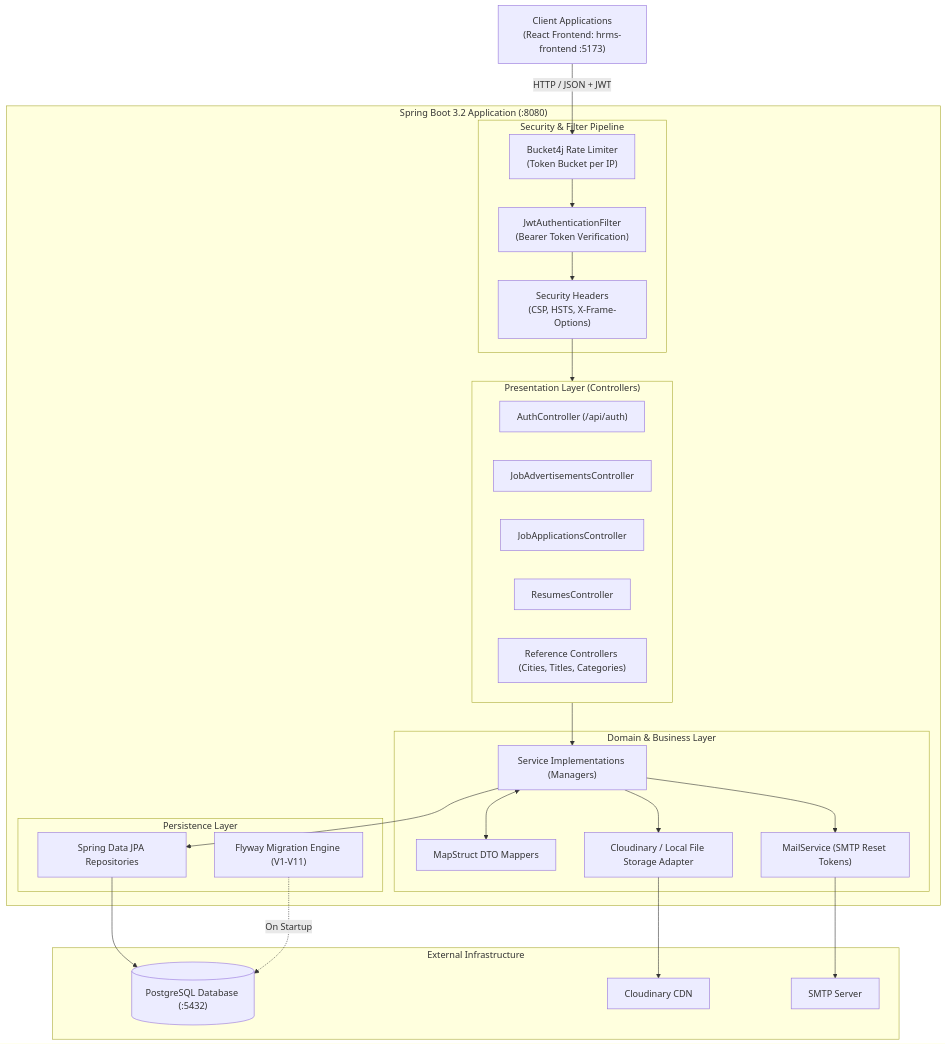
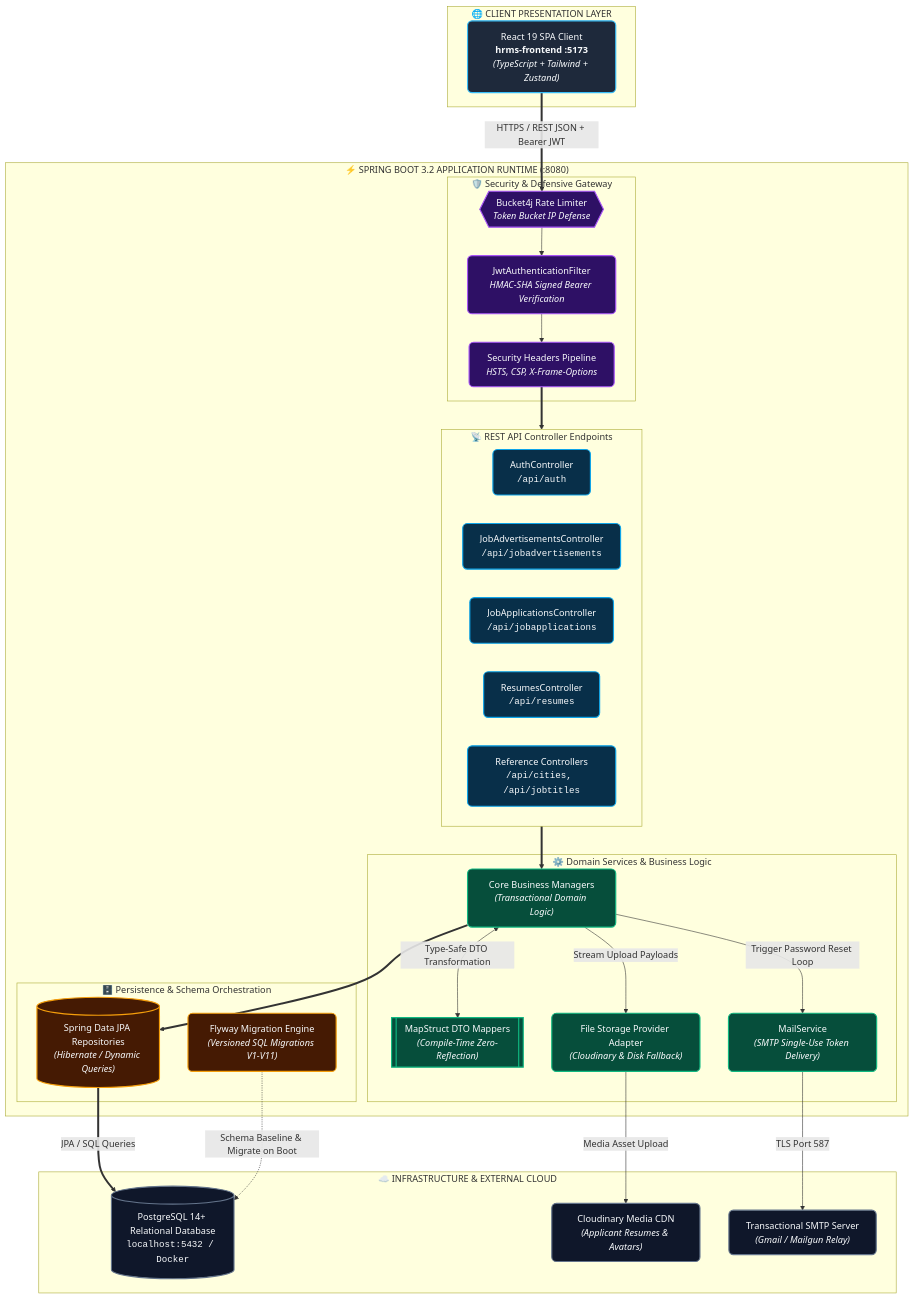
The first of 2 diagrams in README.md (kamiltuncok/HRMS), drawn with Mermaid before and after one commit. The commit also changed other lines of this file, not shown here.

Commit message:
readme diagram added

````diff
--- a/README.md
+++ b/README.md
@@ -19,52 +19,67 @@
 ```mermaid
-flowchart TD
-    Client["Client Applications<br/>(React Frontend: hrms-frontend :5173)"]
-    
-    subgraph SpringBootApp ["Spring Boot 3.2 Application (:8080)"]
-        subgraph SecurityFilter ["Security & Filter Pipeline"]
-            RateLimit["Bucket4j Rate Limiter<br/>(Token Bucket per IP)"]
-            JwtFilter["JwtAuthenticationFilter<br/>(Bearer Token Verification)"]
-            SecHeaders["Security Headers<br/>(CSP, HSTS, X-Frame-Options)"]
+flowchart TB
+    %% ================= GLOBAL STYLES =================
+    classDef clientStyle fill:#1e293b,stroke:#38bdf8,stroke-width:2px,color:#f8fafc,rx:8,ry:8;
+    classDef securityStyle fill:#2e1065,stroke:#a855f7,stroke-width:2px,color:#f8fafc,rx:8,ry:8;
+    classDef controllerStyle fill:#082f49,stroke:#0ea5e9,stroke-width:2px,color:#f8fafc,rx:8,ry:8;
+    classDef serviceStyle fill:#064e3b,stroke:#10b981,stroke-width:2px,color:#f8fafc,rx:8,ry:8;
+    classDef dataStyle fill:#451a03,stroke:#f59e0b,stroke-width:2px,color:#f8fafc,rx:8,ry:8;
+    classDef infraStyle fill:#0f172a,stroke:#64748b,stroke-width:2px,color:#f8fafc,rx:8,ry:8;
+
+    %% ================= NODES & SUBGRAPHS =================
+    subgraph ClientTier [" 🌐 CLIENT PRESENTATION LAYER "]
+        Client["React 19 SPA Client<br/><b>hrms-frontend :5173</b><br/><i>(TypeScript + Tailwind + Zustand)</i>"]:::clientStyle
+    end
+
+    subgraph BackendApp [" ⚡ SPRING BOOT 3.2 APPLICATION RUNTIME (:8080) "]
+        
+        subgraph SecurityPipeline [" 🛡️ Security & Defensive Gateway "]
+            RateLimiter{{"Bucket4j Rate Limiter<br/><i>Token Bucket IP Defense</i>"}}:::securityStyle
+            JwtFilter["JwtAuthenticationFilter<br/><i>HMAC-SHA Signed Bearer Verification</i>"]:::securityStyle
+            SecHeaders["Security Headers Pipeline<br/><i>HSTS, CSP, X-Frame-Options</i>"]:::securityStyle
         end
-        
-        subgraph APIControllers ["Presentation Layer (Controllers)"]
-            AuthController["AuthController (/api/auth)"]
-            JobAdvController["JobAdvertisementsController"]
-            ApplicationController["JobApplicationsController"]
-            ResumeController["ResumesController"]
-            RefControllers["Reference Controllers (Cities, Titles, Categories)"]
+
+        subgraph PresentationLayer [" 📡 REST API Controller Endpoints "]
+            AuthController["AuthController<br/><code>/api/auth</code>"]:::controllerStyle
+            JobAdvController["JobAdvertisementsController<br/><code>/api/jobadvertisements</code>"]:::controllerStyle
+            AppController["JobApplicationsController<br/><code>/api/jobapplications</code>"]:::controllerStyle
+            ResumeController["ResumesController<br/><code>/api/resumes</code>"]:::controllerStyle
+            RefControllers["Reference Controllers<br/><code>/api/cities, /api/jobtitles</code>"]:::controllerStyle
         end
-        
-        subgraph ServiceLayer ["Domain & Business Layer"]
-            Managers["Service Implementations (Managers)"]
-            Mappers["MapStruct DTO Mappers"]
-            EmailService["MailService (SMTP Reset Tokens)"]
-            FileStorage["Cloudinary / Local File Storage Adapter"]
+
+        subgraph BusinessLayer [" ⚙️ Domain Services & Business Logic "]
+            Managers["Core Business Managers<br/><i>(Transactional Domain Logic)</i>"]:::serviceStyle
+            Mappers[["MapStruct DTO Mappers<br/><i>(Compile-Time Zero-Reflection)</i>"]]:::serviceStyle
+            EmailService["MailService<br/><i>(SMTP Single-Use Token Delivery)</i>"]:::serviceStyle
+            StorageAdapter["File Storage Provider Adapter<br/><i>(Cloudinary & Disk Fallback)</i>"]:::serviceStyle
         end
-        
-        subgraph DataLayer ["Persistence Layer"]
-            Repositories["Spring Data JPA Repositories"]
-            Flyway["Flyway Migration Engine (V1-V11)"]
+
+        subgraph PersistenceLayer [" 🗄️ Persistence & Schema Orchestration "]
+            Repositories[("Spring Data JPA Repositories<br/><i>(Hibernate / Dynamic Queries)</i>")]:::dataStyle
+            FlywayEngine["Flyway Migration Engine<br/><i>(Versioned SQL Migrations V1-V11)</i>"]:::dataStyle
         end
     end
-    
-    subgraph ExternalServices ["External Infrastructure"]
-        Postgres[("PostgreSQL Database (:5432)")]
-        CloudinaryAPI["Cloudinary CDN"]
-        SmtpServer["SMTP Server"]
+
+    subgraph ExternalInfra [" ☁️ INFRASTRUCTURE & EXTERNAL CLOUD "]
+        Postgres[("PostgreSQL 14+ Relational Database<br/><code>localhost:5432 / Docker</code>")]:::infraStyle
+        CloudinaryCDN["Cloudinary Media CDN<br/><i>(Applicant Resumes & Avatars)</i>"]:::infraStyle
+        SmtpRelay["Transactional SMTP Server<br/><i>(Gmail / Mailgun Relay)</i>"]:::infraStyle
     end
 
-    Client -->|HTTP / JSON + JWT| RateLimit
-    RateLimit --> JwtFilter
+    %% ================= CONNECTIONS =================
+    Client ==>|"HTTPS / REST JSON + Bearer JWT"| RateLimiter
+    RateLimiter --> JwtFilter
     JwtFilter --> SecHeaders
-    SecHeaders --> APIControllers
-    APIControllers --> Managers
-    Managers <--> Mappers
-    Managers --> Repositories
-    Managers --> EmailService
-    Managers --> FileStorage
-    Repositories --> Postgres
-    Flyway -.->|On Startup| Postgres
-    EmailService --> SmtpServer
-    FileStorage --> CloudinaryAPI
+    SecHeaders ==> PresentationLayer
+
+    PresentationLayer ==> Managers
+    Managers <-->|"Type-Safe DTO Transformation"| Mappers
+    Managers ==> Repositories
+    Managers -->|"Trigger Password Reset Loop"| EmailService
+    Managers -->|"Stream Upload Payloads"| StorageAdapter
+
+    Repositories ==>|"JPA / SQL Queries"| Postgres
+    FlywayEngine -.->|"Schema Baseline & Migrate on Boot"| Postgres
+    EmailService -->|"TLS Port 587"| SmtpRelay
+    StorageAdapter -->|"Media Asset Upload"| CloudinaryCDN
 ```
````
